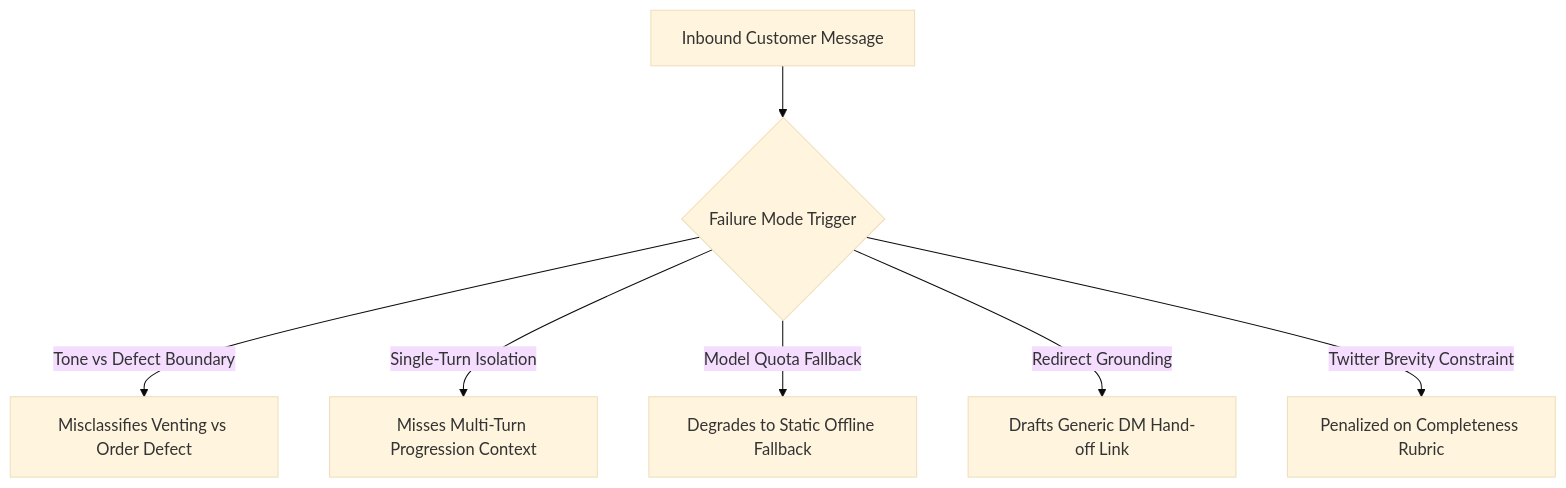
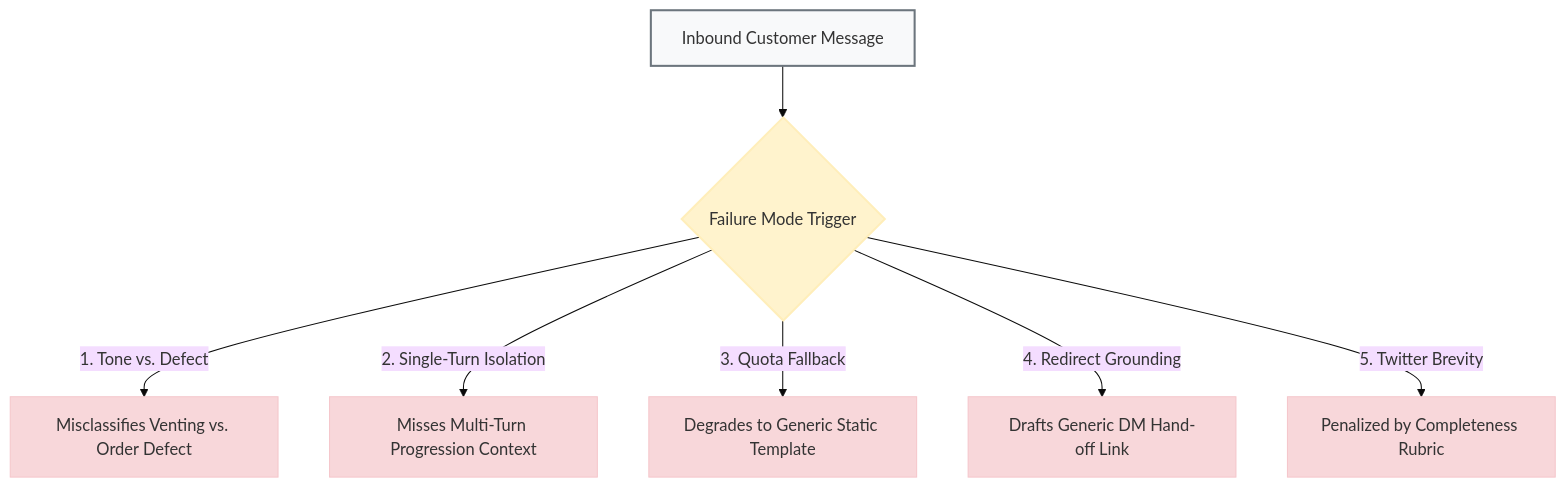
The diagram in report/REPORT.md (anirudh-pedro/Hiver-Support-Agent), drawn with Mermaid (base theme) before and after one commit. The commit also changed 1 other file, not shown here.

Commit message:
plain monospace

````diff
--- a/report/REPORT.md
+++ b/report/REPORT.md
@@ -87,9 +87,17 @@
 ```mermaid
-graph TD
-    A[Inbound Customer Message] --> B{Failure Mode Trigger}
-    B -->|Tone vs Defect Boundary| C1[Misclassifies Venting vs Order Defect]
-    B -->|Single-Turn Isolation| C2[Misses Multi-Turn Progression Context]
-    B -->|Model Quota Fallback| C3[Degrades to Static Offline Fallback]
-    B -->|Redirect Grounding| C4[Drafts Generic DM Hand-off Link]
-    B -->|Twitter Brevity Constraint| C5[Penalized on Completeness Rubric]
+flowchart TD
+    A["Inbound Customer Message"] --> B{"Failure Mode Trigger"}
+    B -->|"1. Tone vs. Defect"| C1["Misclassifies Venting vs. Order Defect"]
+    B -->|"2. Single-Turn Isolation"| C2["Misses Multi-Turn Progression Context"]
+    B -->|"3. Quota Fallback"| C3["Degrades to Generic Static Template"]
+    B -->|"4. Redirect Grounding"| C4["Drafts Generic DM Hand-off Link"]
+    B -->|"5. Twitter Brevity"| C5["Penalized by Completeness Rubric"]
+
+    style A fill:#f8f9fa,stroke:#6c757d,stroke-width:2px
+    style B fill:#fff3cd,stroke:#ffeeba,stroke-width:2px
+    style C1 fill:#f8d7da,stroke:#f5c6cb,stroke-width:1px
+    style C2 fill:#f8d7da,stroke:#f5c6cb,stroke-width:1px
+    style C3 fill:#f8d7da,stroke:#f5c6cb,stroke-width:1px
+    style C4 fill:#f8d7da,stroke:#f5c6cb,stroke-width:1px
+    style C5 fill:#f8d7da,stroke:#f5c6cb,stroke-width:1px
 ```
````
